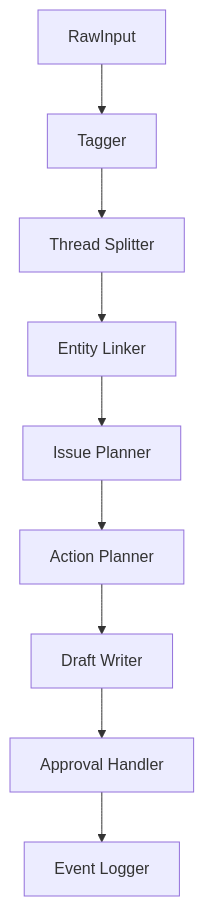
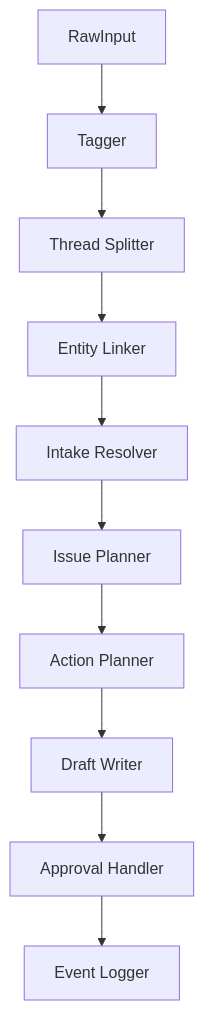
The diagram in docs/agent-processors.md (MakikoOhashi/trade-shelf-agent), drawn with Mermaid before and after one commit. The commit also changed other lines of this file and 5 other files, not shown here.

````diff
--- a/docs/agent-processors.md
+++ b/docs/agent-processors.md
@@ -43,12 +43,13 @@
 ```mermaid
 flowchart TD
 
 A[RawInput] --> B[Tagger]
 B --> C[Thread Splitter]
 C --> D[Entity Linker]
-D --> E[Issue Planner]
-E --> F[Action Planner]
-F --> G[Draft Writer]
-G --> H[Approval Handler]
-H --> I[Event Logger]
+D --> E[Intake Resolver]
+E --> F[Issue Planner]
+F --> G[Action Planner]
+G --> H[Draft Writer]
+H --> I[Approval Handler]
+I --> J[Event Logger]
 ```
````
